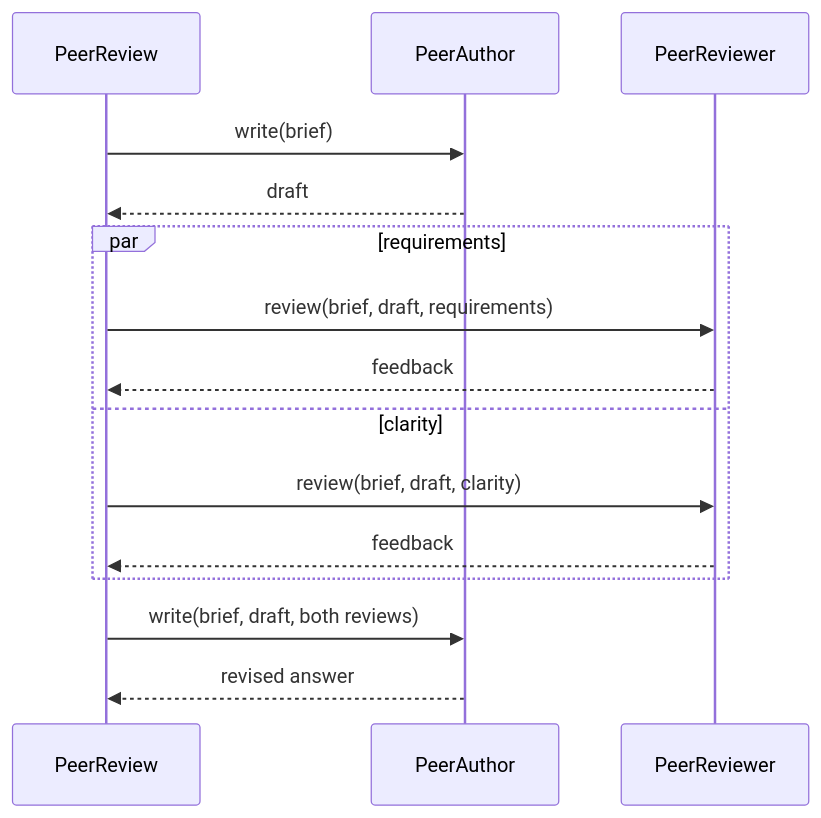
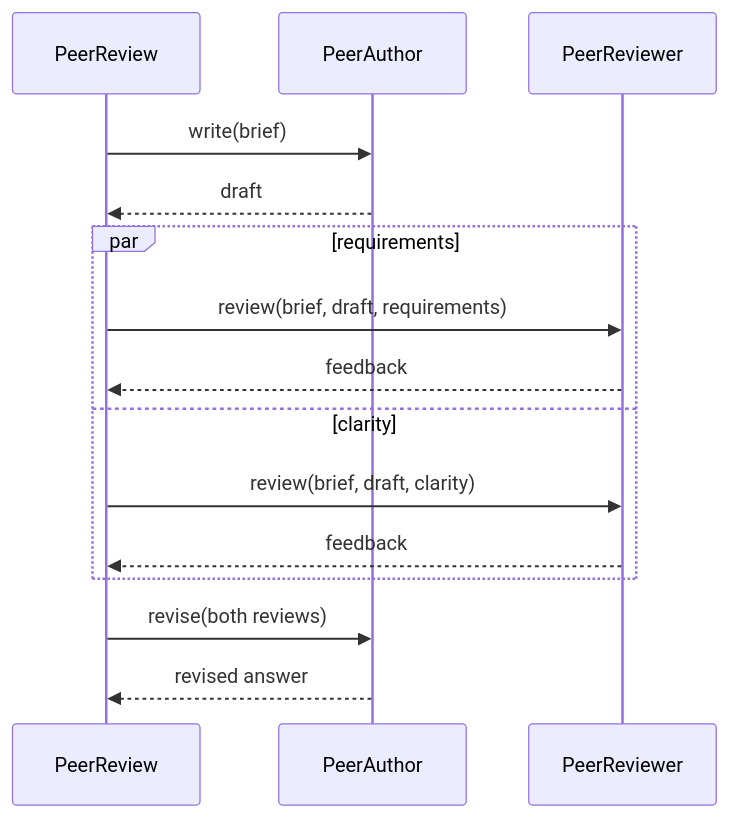
Before and after one commit to restatedev/ai-examples: the diagram in agentlib/examples/README.md, drawn with Mermaid. The commit also changed other lines of this file and 32 other files, not shown here.

````diff
--- a/agentlib/examples/README.md
+++ b/agentlib/examples/README.md
@@ -354,17 +393,17 @@
 ```mermaid
 sequenceDiagram
   participant Lead as PeerReview
   participant Author as PeerAuthor
   participant Reviewer as PeerReviewer
   Lead->>Author: write(brief)
   Author-->>Lead: draft
   par requirements
     Lead->>Reviewer: review(brief, draft, requirements)
     Reviewer-->>Lead: feedback
   and clarity
     Lead->>Reviewer: review(brief, draft, clarity)
     Reviewer-->>Lead: feedback
   end
-  Lead->>Author: write(brief, draft, both reviews)
+  Lead->>Author: revise(both reviews)
   Author-->>Lead: revised answer
 ```
````
